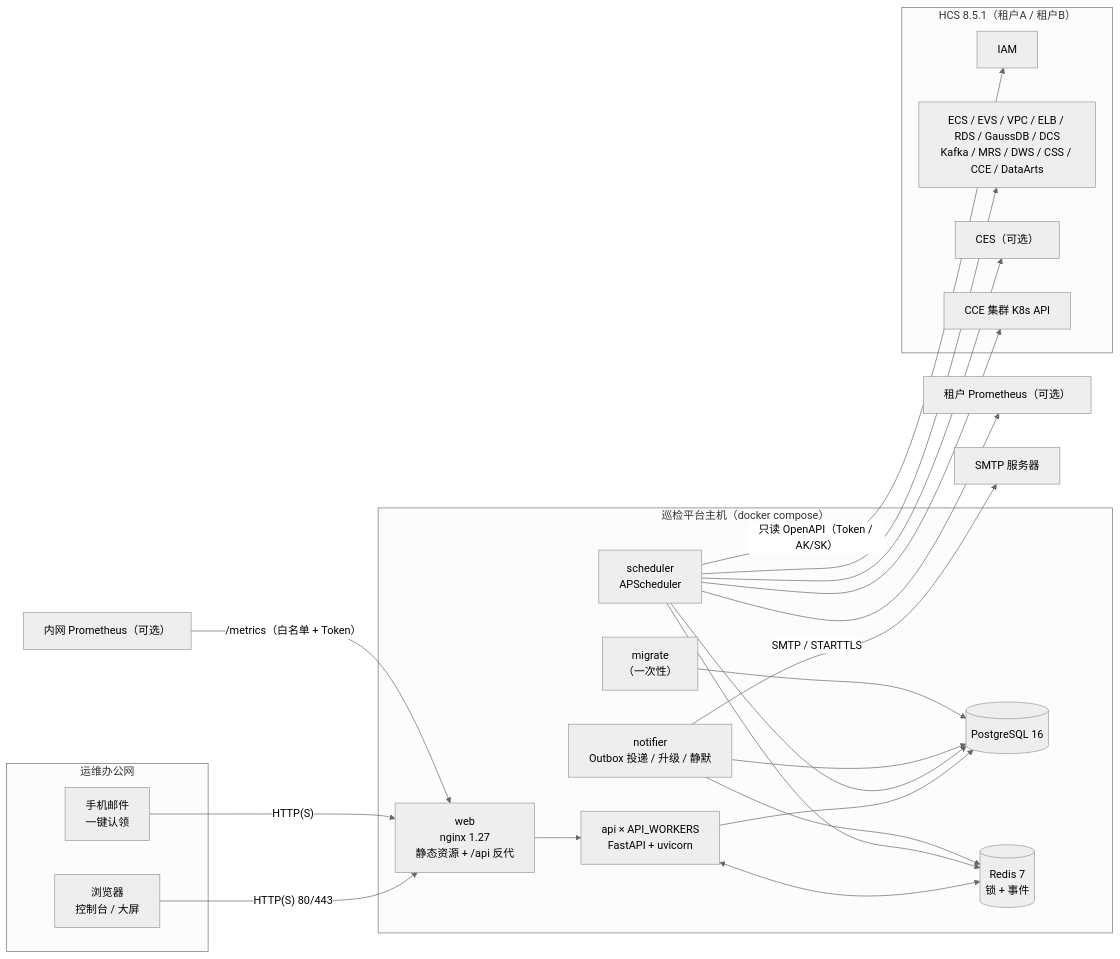
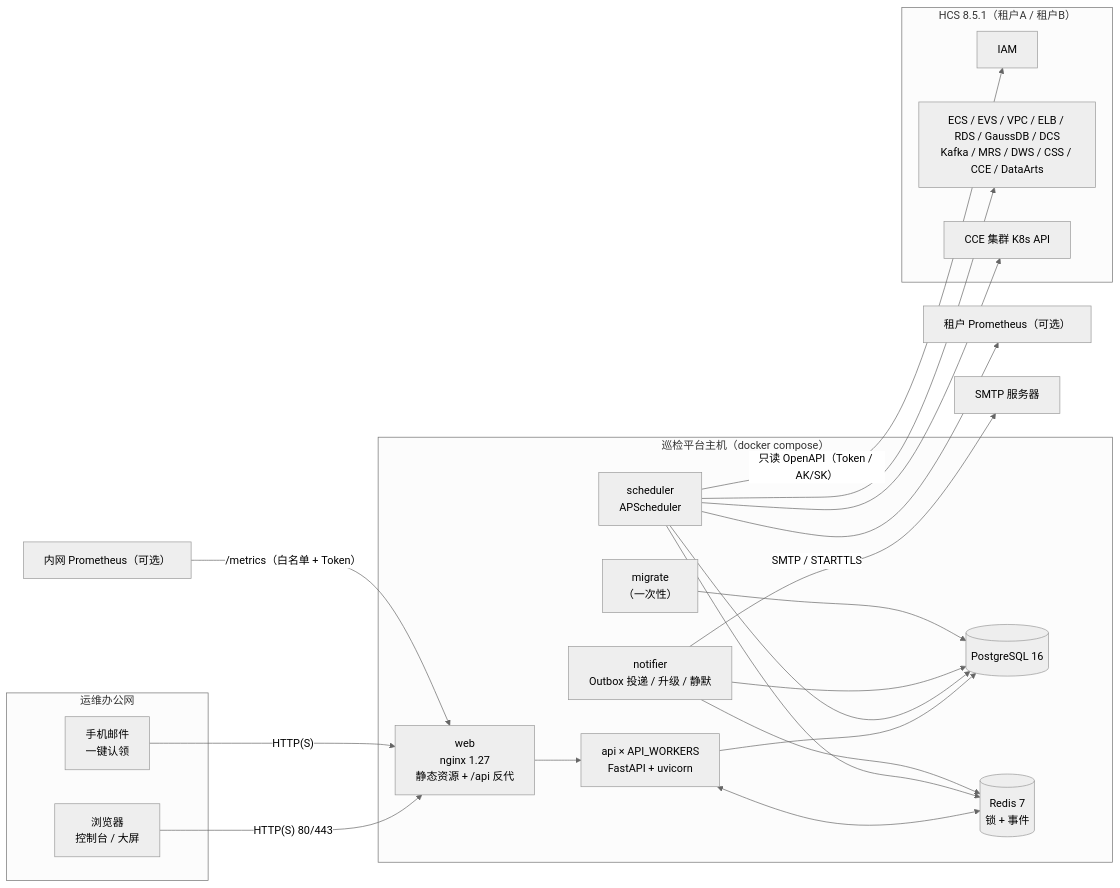
The first of 4 diagrams in docs/架构文档.md (gongjin1997/hcs), drawn with Mermaid (neutral theme) before and after one commit. The commit also changed other lines of this file and 655 other files, not shown here.

````diff
--- a/docs/架构文档.md
+++ b/docs/架构文档.md
@@ -41,43 +41,41 @@
 ```mermaid
 flowchart LR
   subgraph User["运维办公网"]
     B["浏览器<br/>控制台 / 大屏"]
     M["手机邮件<br/>一键认领"]
   end
   subgraph Host["巡检平台主机（docker compose）"]
     W["web<br/>nginx 1.27<br/>静态资源 + /api 反代"]
     A["api × API_WORKERS<br/>FastAPI + uvicorn"]
     S["scheduler<br/>APScheduler"]
     N["notifier<br/>Outbox 投递 / 升级 / 静默"]
     P[("PostgreSQL 16")]
     R[("Redis 7<br/>锁 + 事件")]
     MG["migrate<br/>（一次性）"]
   end
   subgraph HCS["HCS 8.5.1（租户A / 租户B）"]
     IAM["IAM"]
     SVC["ECS / EVS / VPC / ELB / RDS / GaussDB / DCS<br/>Kafka / MRS / DWS / CSS / CCE / DataArts"]
-    CES["CES（可选）"]
     K8S["CCE 集群 K8s API"]
   end
   PROM["租户 Prometheus（可选）"]
   SMTP["SMTP 服务器"]
   MON["内网 Prometheus（可选）"]
 
   B -- "HTTP(S) 80/443" --> W
   M -- "HTTP(S)" --> W
   W --> A
   A --> P
   A <--> R
   S --> P
   S --> R
   N --> P
   N --> R
   MG --> P
   S -- "只读 OpenAPI（Token / AK/SK）" --> IAM
   S --> SVC
-  S --> CES
   S --> K8S
   S --> PROM
   N -- "SMTP / STARTTLS" --> SMTP
   MON -- "/metrics（白名单 + Token）" --> W
 ```
````
